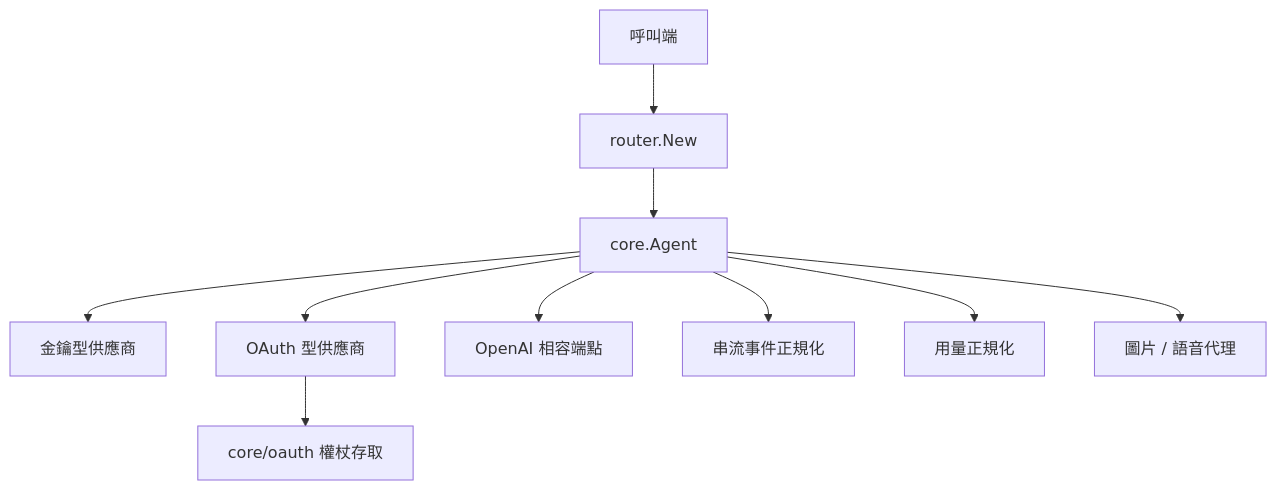
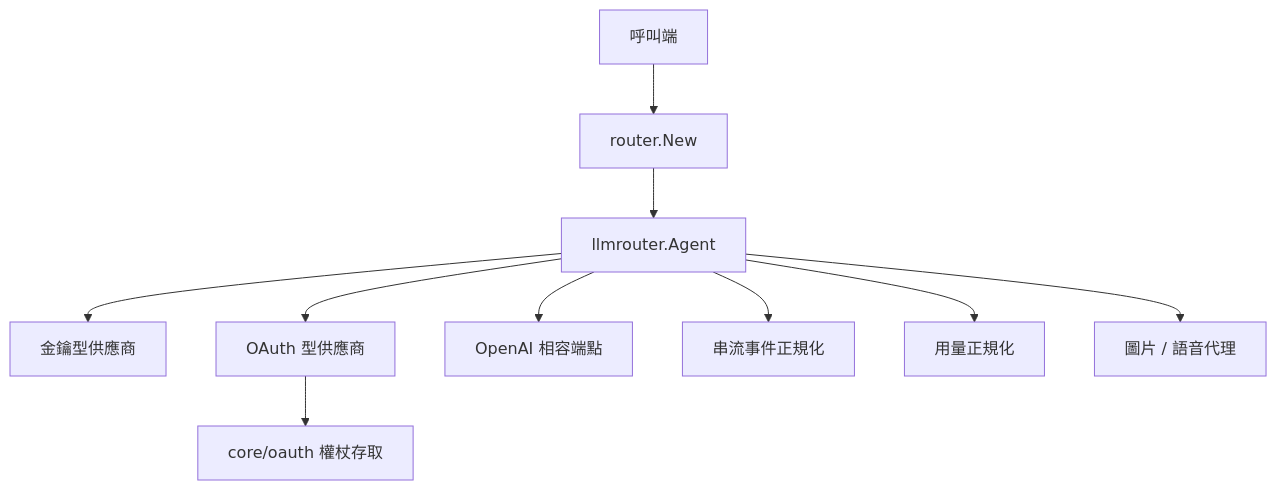
Before and after one commit to pardnchiu/go-llm-router: the diagram in doc/README.zh.md, drawn with Mermaid. The commit also changed 103 other files, not shown here.

Commit message:
chore: Rename package core to llmrouter, callers must update identifiers

````diff
--- a/doc/README.zh.md
+++ b/doc/README.zh.md
@@ -46,12 +46,12 @@
 ```mermaid
 graph TB
     App[呼叫端] --> Router[router.New]
-    Router --> Agent[core.Agent]
+    Router --> Agent[llmrouter.Agent]
     Agent --> KeyBased[金鑰型供應商]
     Agent --> OAuthBased[OAuth 型供應商]
     Agent --> Compat[OpenAI 相容端點]
     OAuthBased --> OAuth[core/oauth 權杖存取]
     Agent --> Stream[串流事件正規化]
     Agent --> Usage[用量正規化]
     Agent --> Media[圖片 / 語音代理]
 ```
````
